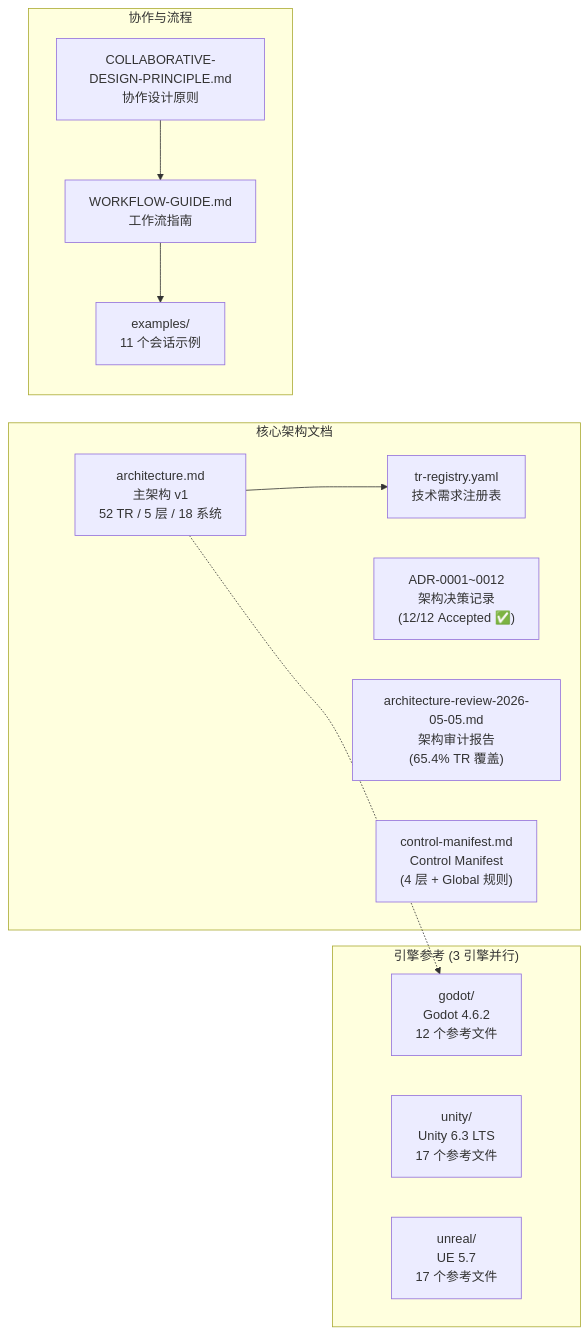
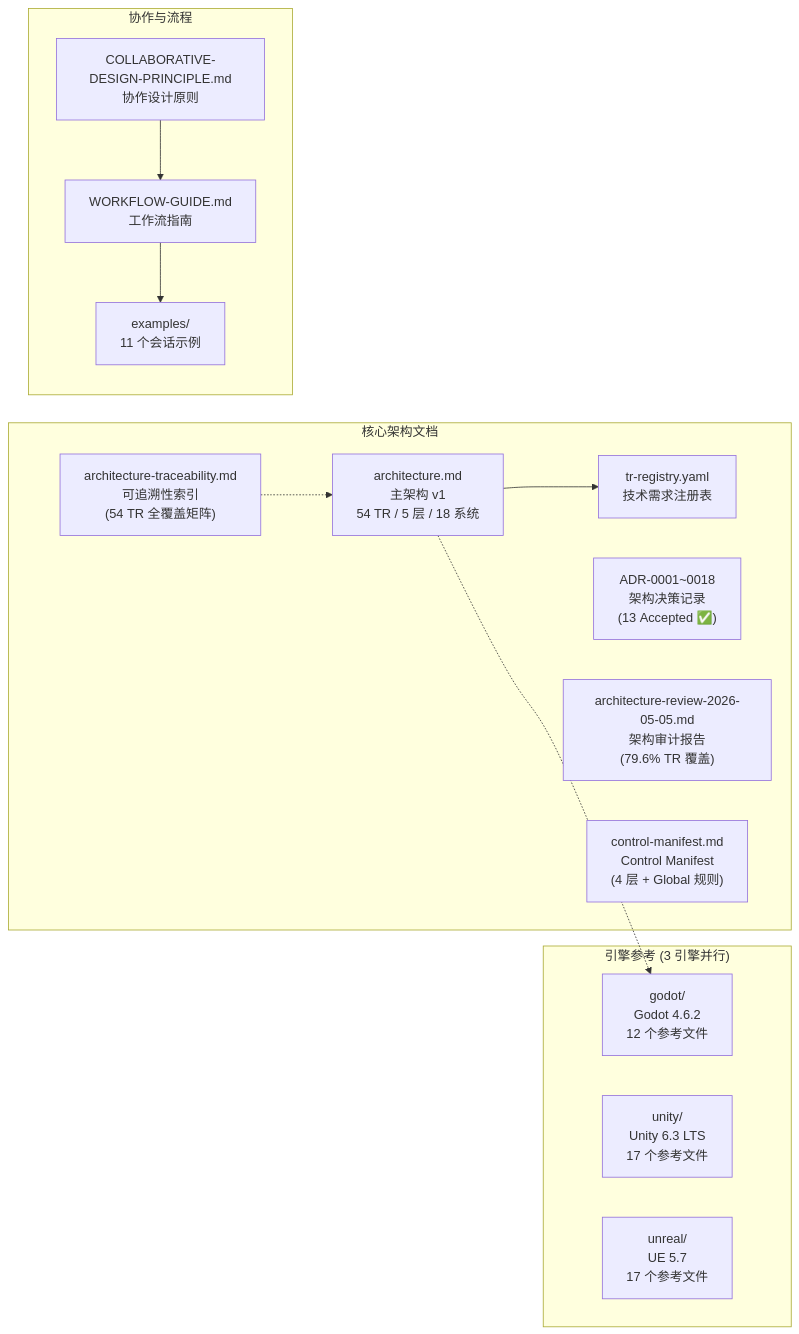
Before and after one commit to lieinsay/Claude-Code-Game-Studios: the fifth of 11 diagrams in docs/document-index.md, drawn with Mermaid. The commit also changed other lines of this file, not shown here.

First line of the commit message:
更新 document-index.md Mermaid 图 — 反映 ADR-0018 架构

````diff
--- a/docs/document-index.md
+++ b/docs/document-index.md
@@ -355,27 +371,29 @@
 ```mermaid
 graph LR
     subgraph 核心架构["核心架构文档"]
-        MA["architecture.md<br/>主架构 v1<br/>52 TR / 5 层 / 18 系统"]
+        MA["architecture.md<br/>主架构 v1<br/>54 TR / 5 层 / 18 系统"]
         TR2["tr-registry.yaml<br/>技术需求注册表"]
-        ADR["ADR-0001~0012<br/>架构决策记录<br/>(12/12 Accepted ✅)"]
-        ARREV["architecture-review-2026-05-05.md<br/>架构审计报告<br/>(65.4% TR 覆盖)"]
+        ADR["ADR-0001~0018<br/>架构决策记录<br/>(13 Accepted ✅)"]
+        ARREV["architecture-review-2026-05-05.md<br/>架构审计报告<br/>(79.6% TR 覆盖)"]
         CM2["control-manifest.md<br/>Control Manifest<br/>(4 层 + Global 规则)"]
+        TRACE["architecture-traceability.md<br/>可追溯性索引<br/>(54 TR 全覆盖矩阵)"]
     end
 
     subgraph 引擎参考["引擎参考 (3 引擎并行)"]
         GODOT["godot/<br/>Godot 4.6.2<br/>12 个参考文件"]
         UNITY["unity/<br/>Unity 6.3 LTS<br/>17 个参考文件"]
         UNREAL["unreal/<br/>UE 5.7<br/>17 个参考文件"]
     end
 
     subgraph 协作规范["协作与流程"]
         CP["COLLABORATIVE-DESIGN-PRINCIPLE.md<br/>协作设计原则"]
         WG["WORKFLOW-GUIDE.md<br/>工作流指南"]
         EX["examples/<br/>11 个会话示例"]
     end
 
     MA --> TR2
     MA -.-> GODOT
     CP --> WG
     WG --> EX
+    TRACE -.-> MA
 ```
````
